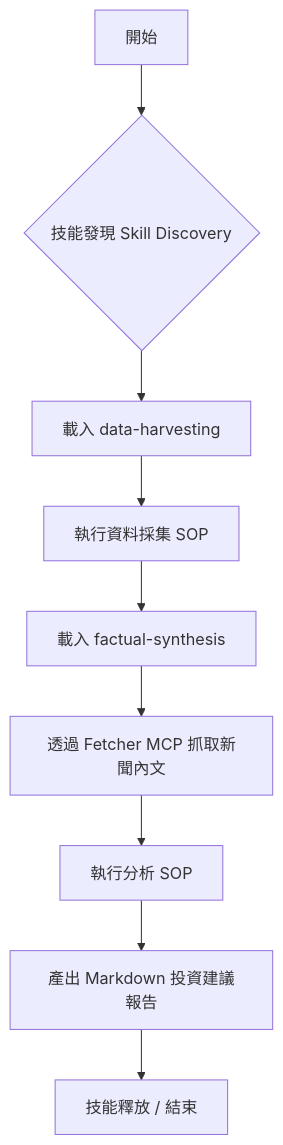
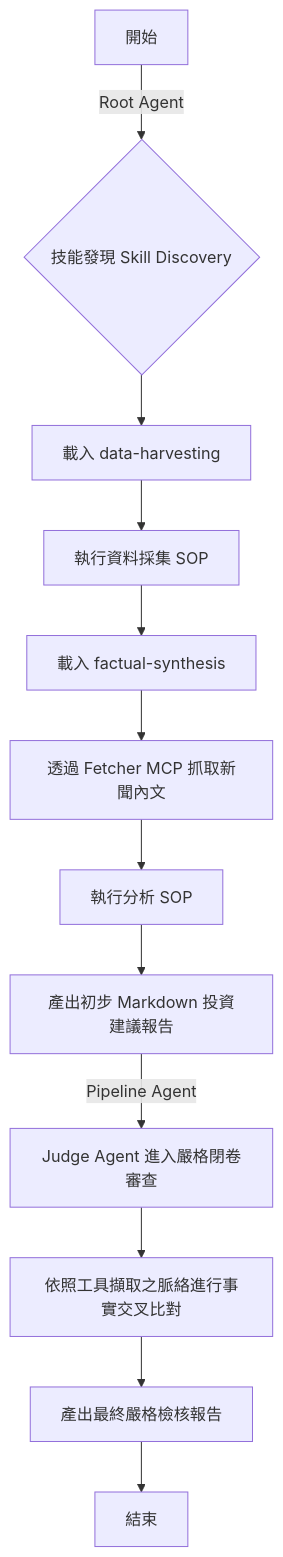
Before and after one commit to long0426/python-skill-poc: the diagram in README.zh-TW.md, drawn with Mermaid. The commit also changed other lines of this file and 6 other files, not shown here.

Commit message:
feat: Introduce `BoundedSessionStore` for agent session management and enhance judge agent's prompt for zero-knowledge closed-domain auditing.

````diff
--- a/README.zh-TW.md
+++ b/README.zh-TW.md
@@ -66,11 +66,14 @@
 ```mermaid
 graph TD
-    A[開始] --> B{技能發現 Skill Discovery}
+    A[開始] --> |Root Agent| B{技能發現 Skill Discovery}
     B --> C[載入 data-harvesting]
     C --> D[執行資料採集 SOP]
     D --> E[載入 factual-synthesis]
     E --> F[透過 Fetcher MCP 抓取新聞內文]
     F --> G[執行分析 SOP]
-    G --> H[產出 Markdown 投資建議報告]
-    H --> I[技能釋放 / 結束]
+    G --> H[產出初步 Markdown 投資建議報告]
+    H --> |Pipeline Agent| I[Judge Agent 進入嚴格閉卷審查]
+    I --> J[依照工具擷取之脈絡進行事實交叉比對]
+    J --> K[產出最終嚴格檢核報告]
+    K --> L[結束]
 ```
````
